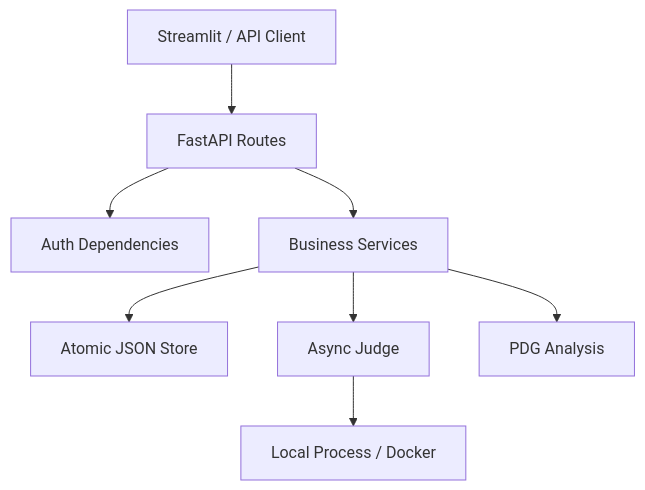
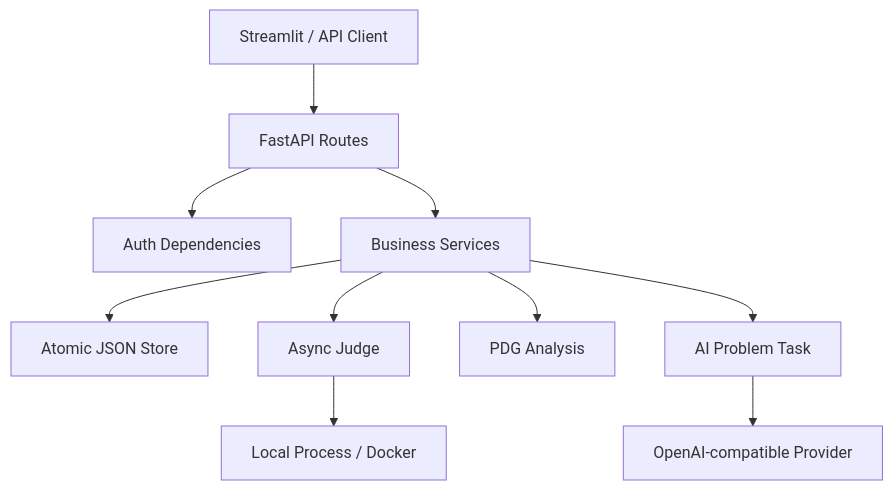
Before and after one commit to Tristoxy/oj-system-project: the diagram in docs/COURSE_REPORT.md, drawn with Mermaid. The commit also changed other lines of this file and 59 other files, not shown here.

````diff
--- a/docs/COURSE_REPORT.md
+++ b/docs/COURSE_REPORT.md
@@ -25,10 +27,12 @@
 ```mermaid
 flowchart TD
     A[Streamlit / API Client] --> B[FastAPI Routes]
     B --> C[Auth Dependencies]
     B --> D[Business Services]
     D --> E[Atomic JSON Store]
     D --> F[Async Judge]
     F --> G[Local Process / Docker]
     D --> H[PDG Analysis]
+    D --> I[AI Problem Task]
+    I --> J[OpenAI-compatible Provider]
 ```
````
